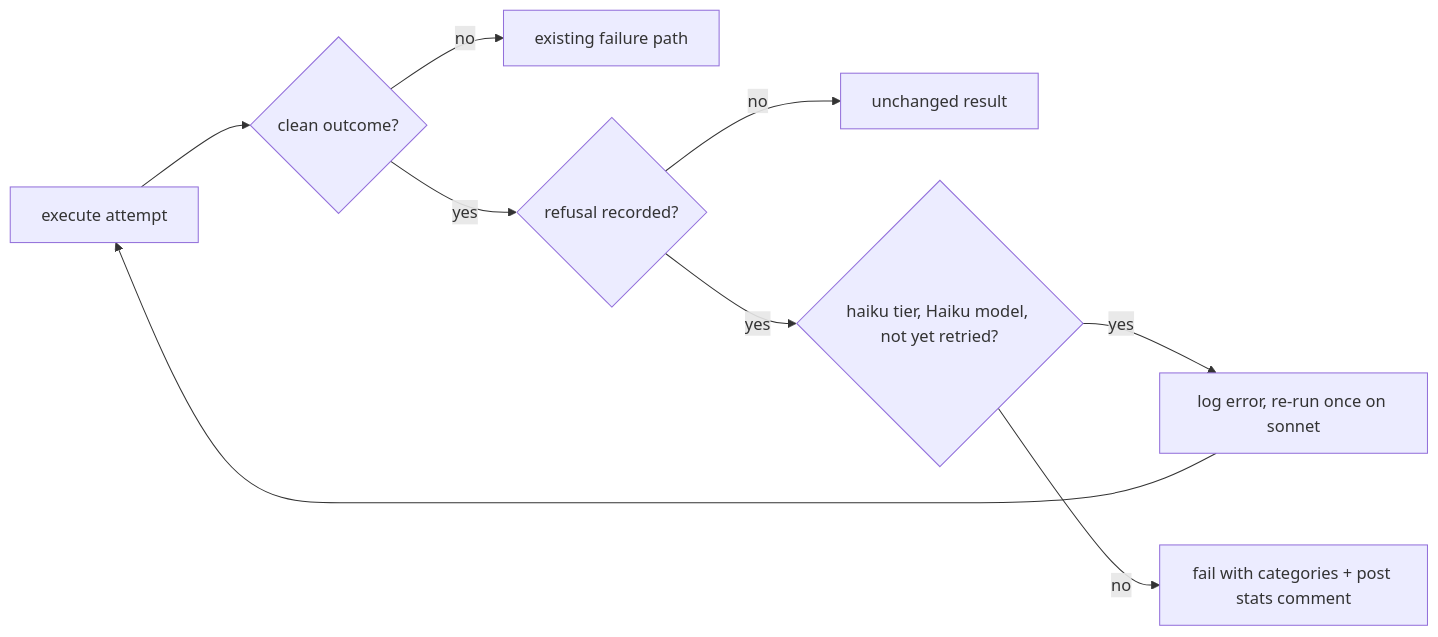
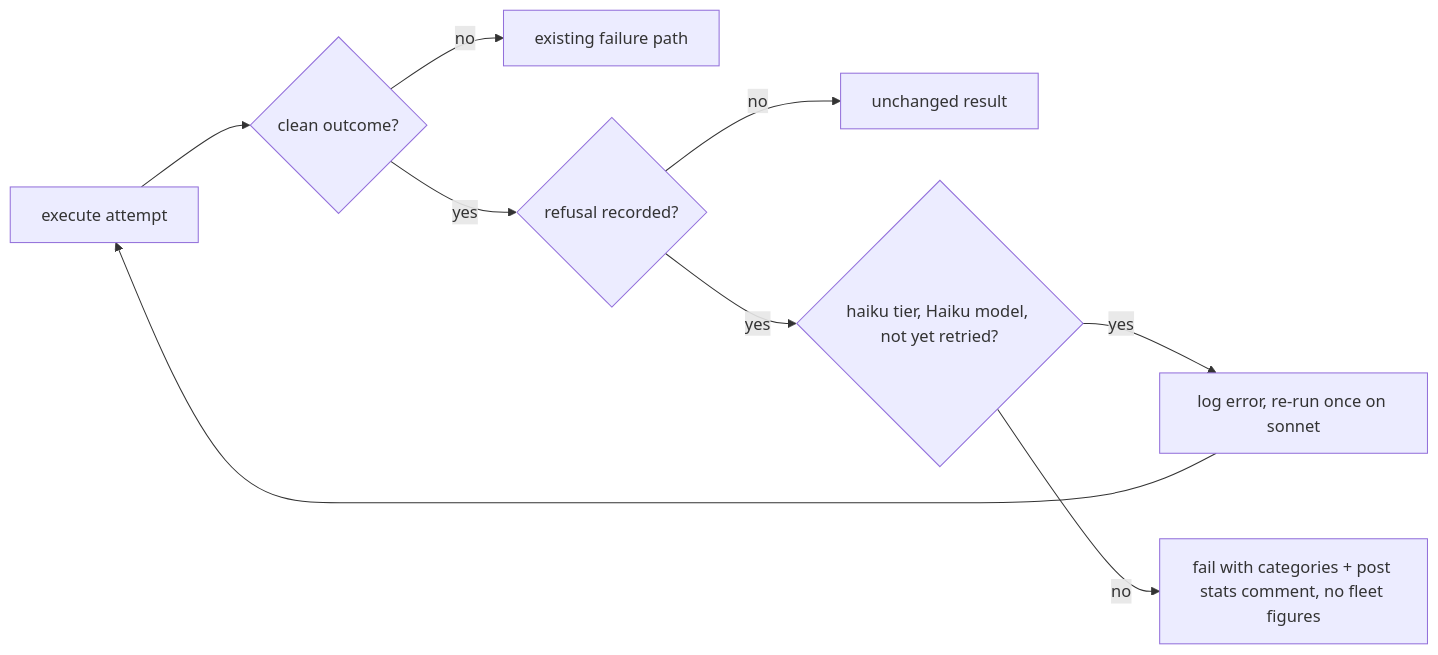
Before and after one commit to stSoftwareAU/VibeCoder: the diagram in docs/archive/pr-summaries/pr-summary-3406.md, drawn with Mermaid. The commit also changed other lines of this file, not shown here.

````diff
--- a/docs/archive/pr-summaries/pr-summary-3406.md
+++ b/docs/archive/pr-summaries/pr-summary-3406.md
@@ -58,10 +66,10 @@
 ```mermaid
 flowchart LR
     A[execute attempt] --> B{clean outcome?}
     B -- no --> F0[existing failure path]
     B -- yes --> C{refusal recorded?}
     C -- no --> OK[unchanged result]
     C -- yes --> D{haiku tier, Haiku model, not yet retried?}
     D -- yes --> R[log error, re-run once on sonnet] --> A
-    D -- no --> F[fail with categories + post stats comment]
+    D -- no --> F[fail with categories + post stats comment, no fleet figures]
 ```
````
